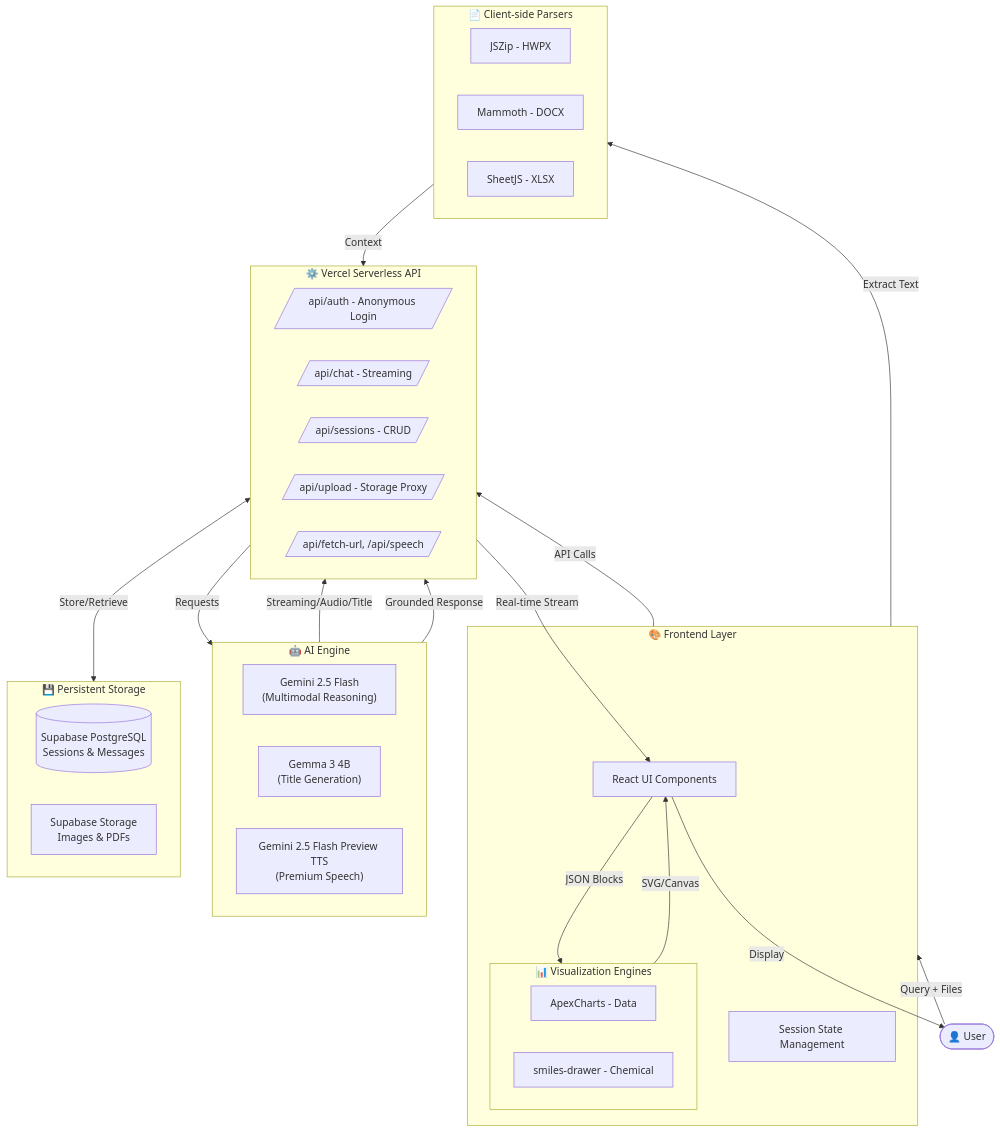
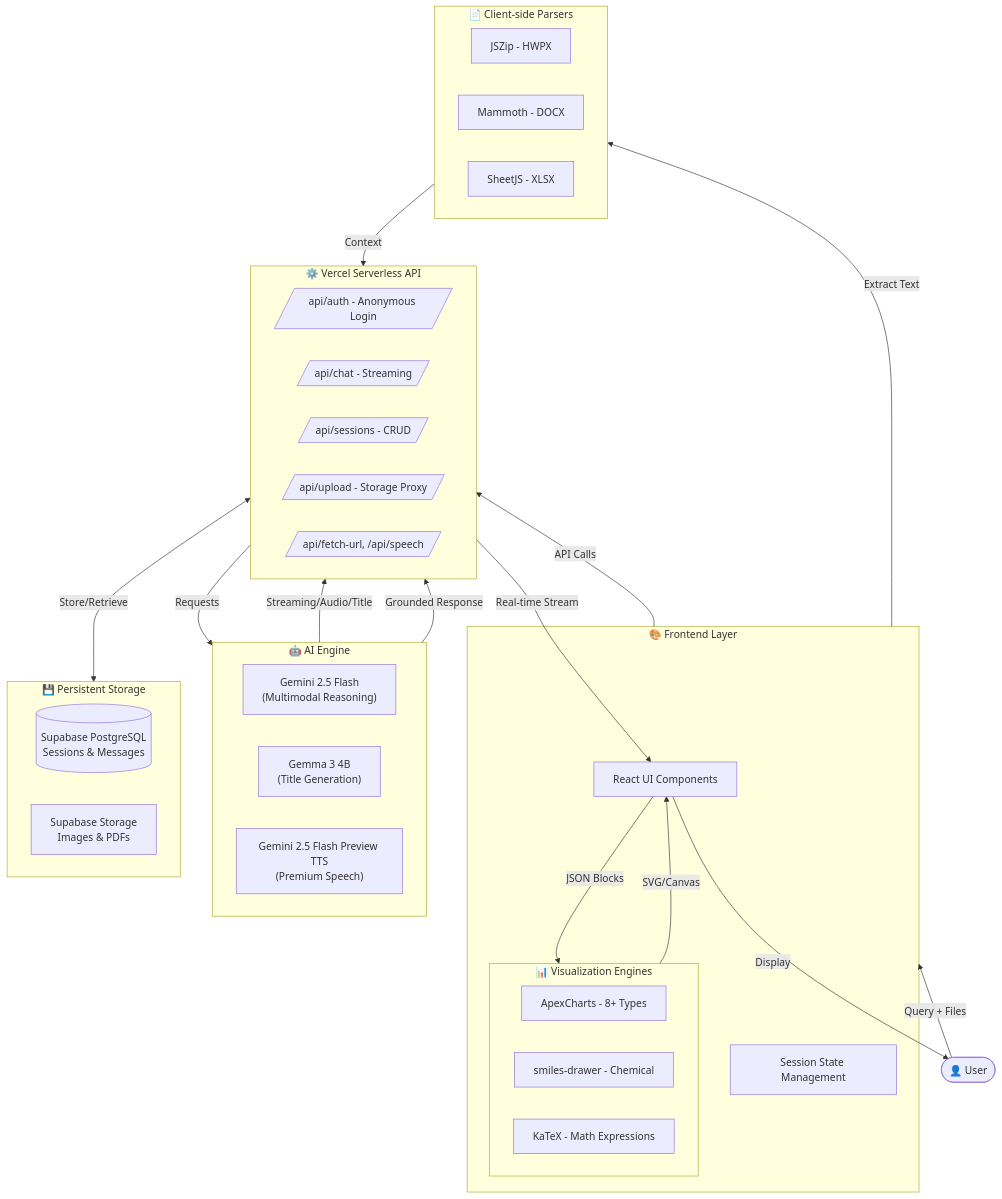
One commit to jpjp92/chat-agent changed the diagram in README.md. Above: the diagram before and after it, drawn with Mermaid. The commit also changed other lines of this file and 6 other files, not shown here.

````diff
--- a/README.md
+++ b/README.md
@@ -43,51 +43,52 @@
 ```mermaid
 flowchart TB
     User([👤 User])
     
     subgraph Frontend["🎨 Frontend Layer"]
         UI[React UI Components]
         subgraph Viz["📊 Visualization Engines"]
-            Apex[ApexCharts - Data]
+            Apex[ApexCharts - 8+ Types]
             SMILES[smiles-drawer - Chemical]
+            KaTeX[KaTeX - Math Expressions]
         end
         State[Session State Management]
     end
     
     subgraph Backend["⚙️ Vercel Serverless API"]
         Auth[/api/auth - Anonymous Login/]
         Chat[/api/chat - Streaming/]
         Sessions[/api/sessions - CRUD/]
         Upload[/api/upload - Storage Proxy/]
         Tools[/api/fetch-url, /api/speech/]
     end
     
     subgraph AI["🤖 AI Engine"]
         Gemini["Gemini 2.5 Flash<br/>(Multimodal Reasoning)"]
         Gemma["Gemma 3 4B<br/>(Title Generation)"]
         TTS["Gemini 2.5 Flash Preview TTS<br/>(Premium Speech)"]
     end
     
     subgraph Storage["💾 Persistent Storage"]
         DB[(Supabase PostgreSQL<br/>Sessions & Messages)]
         Files[Supabase Storage<br/>Images & PDFs]
     end
     
     subgraph Parser["📄 Client-side Parsers"]
         HWPX[JSZip - HWPX]
         DOCX[Mammoth - DOCX]
         XLSX[SheetJS - XLSX]
     end
     
     User -->|Query + Files| Frontend
     Frontend -->|API Calls| Backend
     Backend -->|Requests| AI
     AI -->|Streaming/Audio/Title| Backend
     Backend <-->|Store/Retrieve| Storage
     Frontend -->|Extract Text| Parser
     Parser -->|Context| Backend
     AI -->|Grounded Response| Backend
     Backend -->|Real-time Stream| UI
     UI -->|JSON Blocks| Viz
     Viz -->|SVG/Canvas| UI
     UI -->|Display| User
 ```
````
